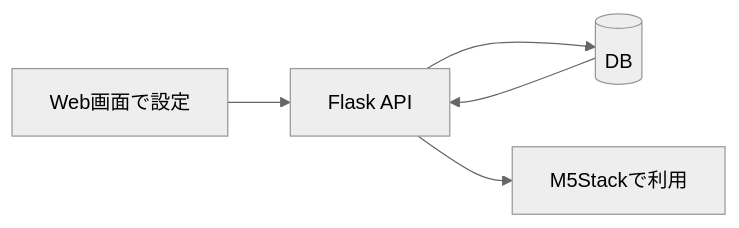
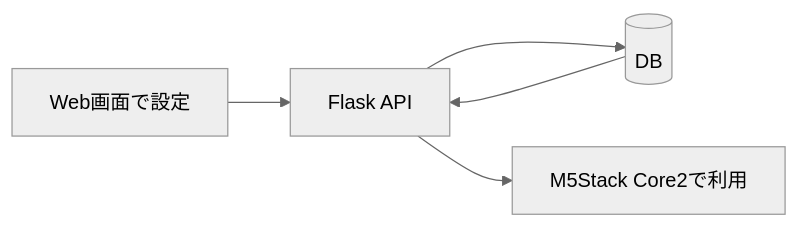
Before and after one commit to shinkai23/tickstack-portfolio: the diagram in docs/02_problem_solution.md, drawn with Mermaid (neutral theme). The commit also changed other lines of this file and 14 other files, not shown here.

````diff
--- a/docs/02_problem_solution.md
+++ b/docs/02_problem_solution.md
@@ -20,7 +27,7 @@
 ```mermaid
 flowchart LR
     Setting[Web画面で設定] --> API[Flask API]
     API --> DB[(DB)]
     DB --> API
-    API --> Device[M5Stackで利用]
+    API --> Device[M5Stack Core2で利用]
 ```
````
